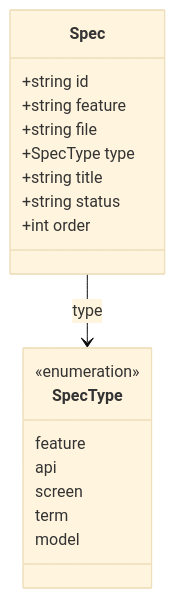
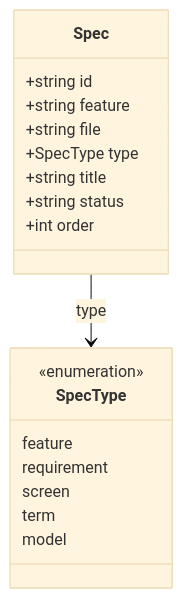
The diagram in specs/domain/models/Spec.md (FukeKazki/specs-cli), drawn with Mermaid (base theme) before and after one commit. The commit also changed other lines of this file and 185 other files, not shown here.

````diff
--- a/specs/domain/models/Spec.md
+++ b/specs/domain/models/Spec.md
@@ -26,23 +26,23 @@
 ```mermaid
 classDiagram
     class Spec {
         +string id
         +string feature
         +string file
         +SpecType type
         +string title
         +string status
         +int order
     }
 
     class SpecType {
         <<enumeration>>
         feature
-        api
+        requirement
         screen
         term
         model
     }
 
     Spec --> SpecType : type
 ```
````
